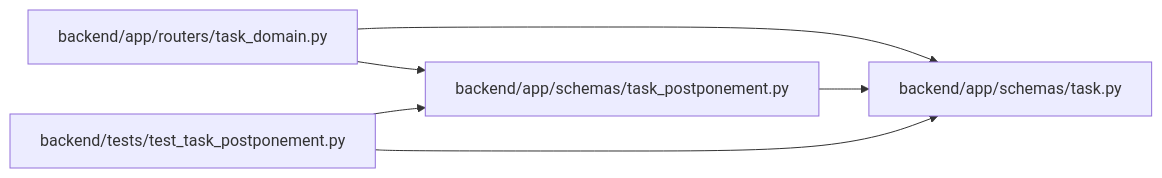
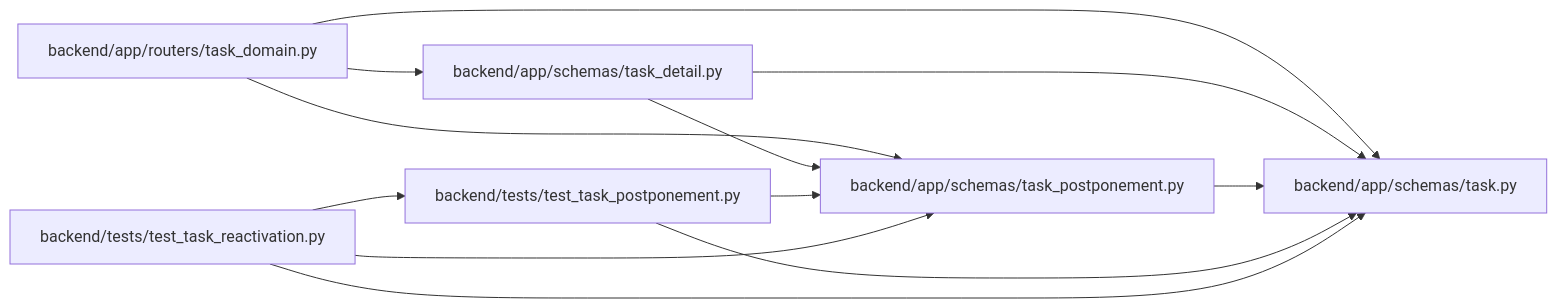
Before and after one commit to Denissvgn/WorkChord: the diagram in docs/llm_wiki/modules/schemas_task_postponement.md, drawn with Mermaid. The commit also changed other lines of this file and 873 other files, not shown here.

Commit message:
Sync the architectural wiki for automatic reactivation of postponed tasks

````diff
--- a/docs/llm_wiki/modules/schemas_task_postponement.md
+++ b/docs/llm_wiki/modules/schemas_task_postponement.md
@@ -21,16 +21,26 @@
 ```mermaid
 flowchart LR
     n0["backend/app/routers/task_domain.py"]
     n1["backend/app/schemas/task.py"]
-    n2["backend/app/schemas/task_postponement.py"]
-    n3["backend/tests/test_task_postponement.py"]
+    n2["backend/app/schemas/task_detail.py"]
+    n3["backend/app/schemas/task_postponement.py"]
+    n4["backend/tests/test_task_postponement.py"]
+    n5["backend/tests/test_task_reactivation.py"]
     n0 --> n1
     n0 --> n2
+    n0 --> n3
     n2 --> n1
+    n2 --> n3
     n3 --> n1
-    n3 --> n2
+    n4 --> n1
+    n4 --> n3
+    n5 --> n1
+    n5 --> n3
+    n5 --> n4
     click n0 "../modules/routers_task_domain.md"
     click n1 "../modules/schemas_task.md"
-    click n2 "../modules/schemas_task_postponement.md"
-    click n3 "../modules/test_task_postponement.md"
+    click n2 "../modules/task_detail.md"
+    click n3 "../modules/schemas_task_postponement.md"
+    click n4 "../modules/test_task_postponement.md"
+    click n5 "../modules/test_task_reactivation.md"
 ```
````
